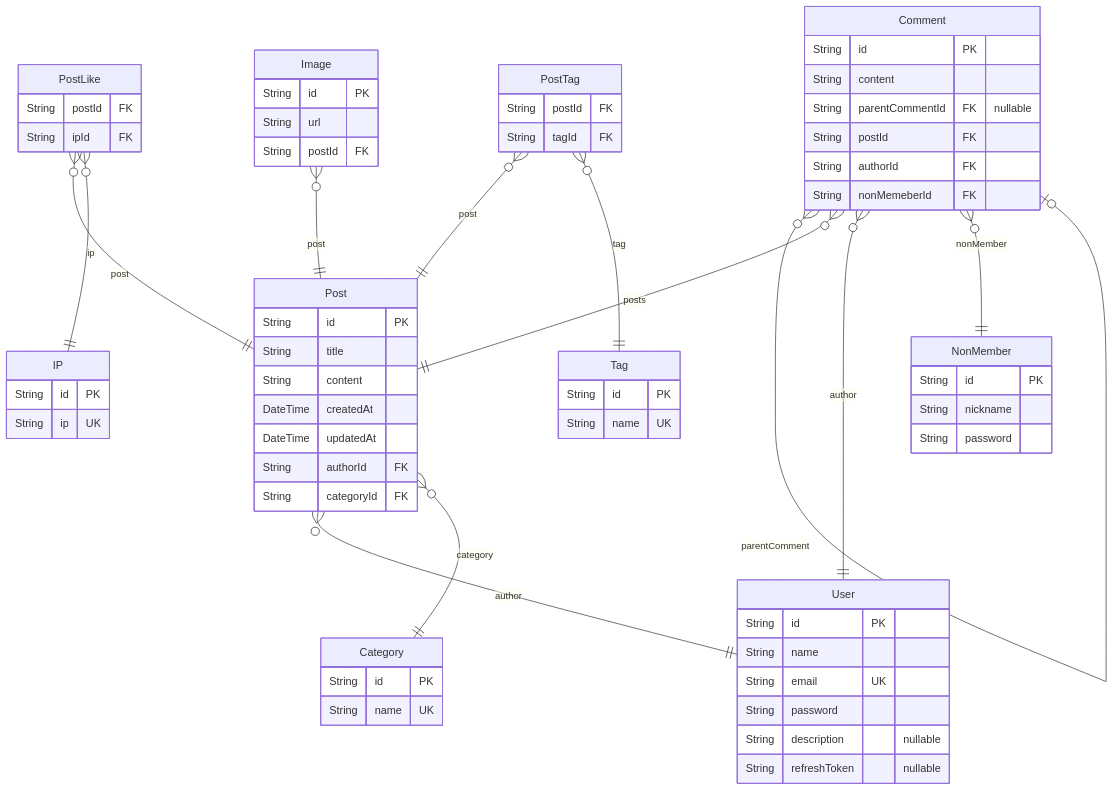
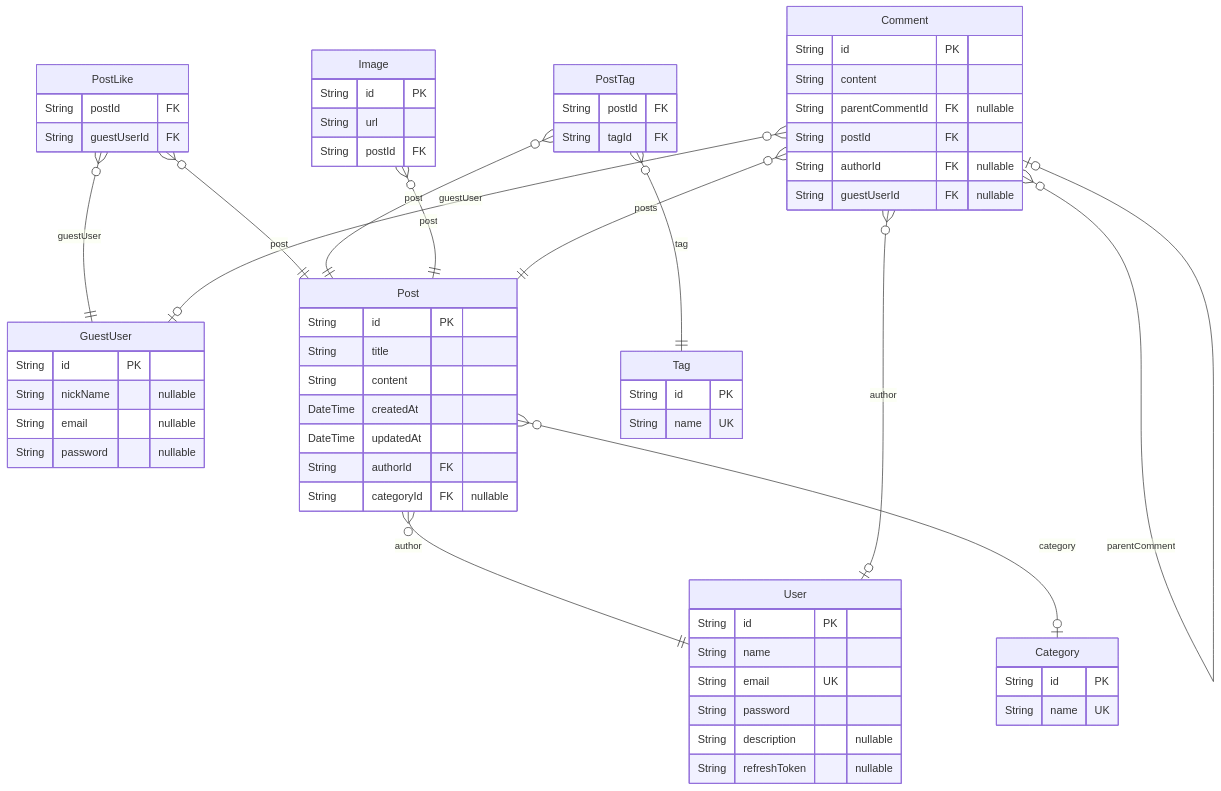
The diagram in 설계 명세서.md (JongDeug/blog-backend), drawn with Mermaid before and after one commit. The commit also changed other lines of this file and 3 other files, not shown here.

````diff
--- a/설계 명세서.md
+++ b/설계 명세서.md
@@ -31,69 +31,66 @@
 ```mermaid
 erDiagram
 "User" {
   String id PK
   String name
   String email UK
   String password
   String description "nullable"
   String refreshToken "nullable"
 }
-"IP" {
+"GuestUser" {
   String id PK
-  String ip UK
-}
-"NonMember" {
-  String id PK
-  String nickname
-  String password
+  String nickName "nullable"
+  String email "nullable"
+  String password "nullable"
 }
 "PostLike" {
   String postId FK
-  String ipId FK
+  String guestUserId FK
 }
 "Post" {
   String id PK
   String title
   String content
   DateTime createdAt
   DateTime updatedAt
   String authorId FK
-  String categoryId FK
+  String categoryId FK "nullable"
 }
 "Tag" {
   String id PK
   String name UK
 }
 "PostTag" {
   String postId FK
   String tagId FK
 }
 "Image" {
   String id PK
   String url
   String postId FK
 }
 "Category" {
   String id PK
   String name UK
 }
 "Comment" {
   String id PK
   String content
   String parentCommentId FK "nullable"
   String postId FK
-  String authorId FK
-  String nonMemeberId FK
+  String authorId FK "nullable"
+  String guestUserId FK "nullable"
 }
 "PostLike" }o--|| "Post" : post
-"PostLike" }o--|| "IP" : ip
+"PostLike" }o--|| "GuestUser" : guestUser
 "Post" }o--|| "User" : author
-"Post" }o--|| "Category" : category
+"Post" }o--o| "Category" : category
 "PostTag" }o--|| "Post" : post
 "PostTag" }o--|| "Tag" : tag
 "Image" }o--|| "Post" : post
 "Comment" }o--o| "Comment" : parentComment
 "Comment" }o--|| "Post" : posts
-"Comment" }o--|| "User" : author
-"Comment" }o--|| "NonMember" : nonMember
+"Comment" }o--o| "User" : author
+"Comment" }o--o| "GuestUser" : guestUser
 ```
````
